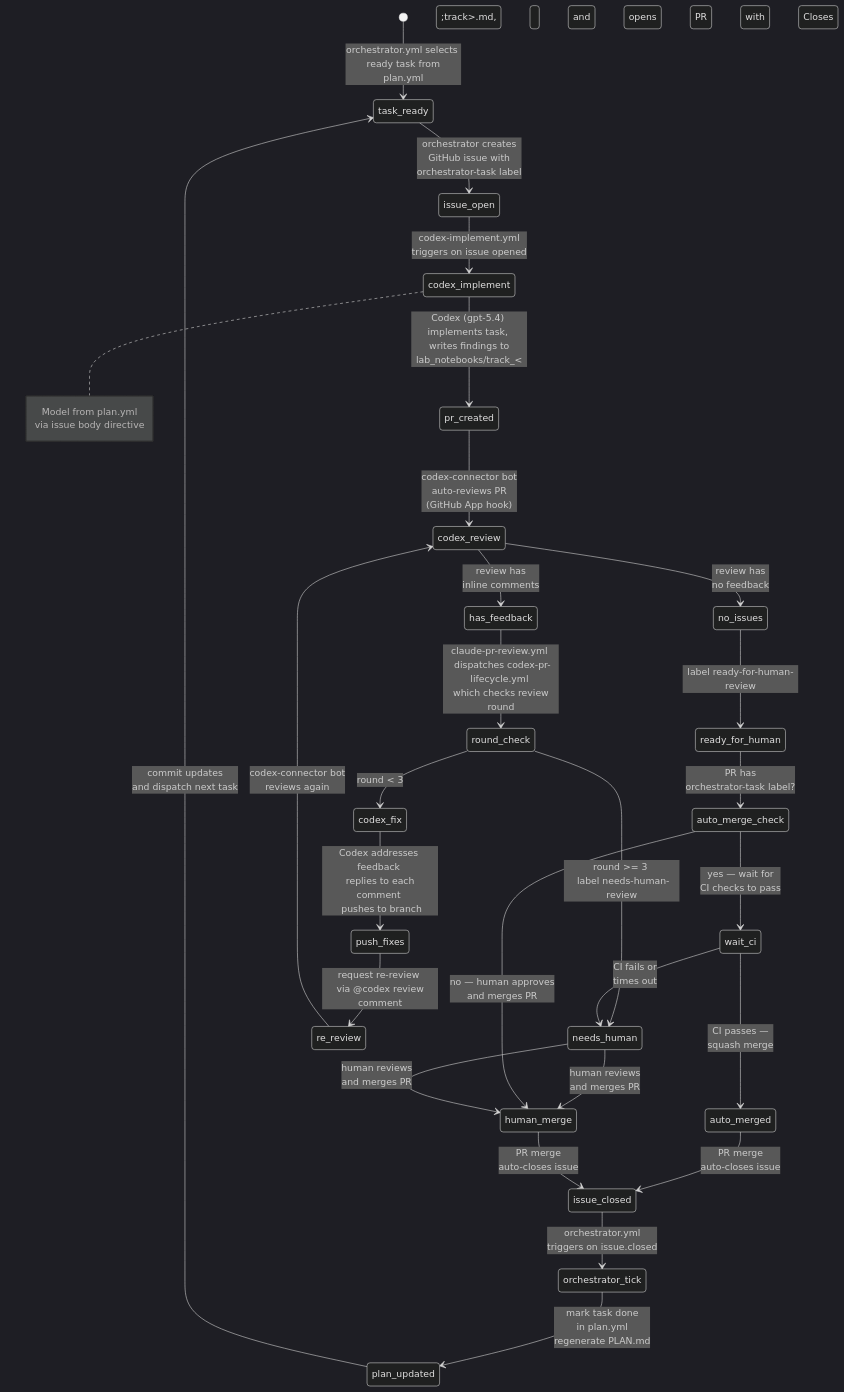
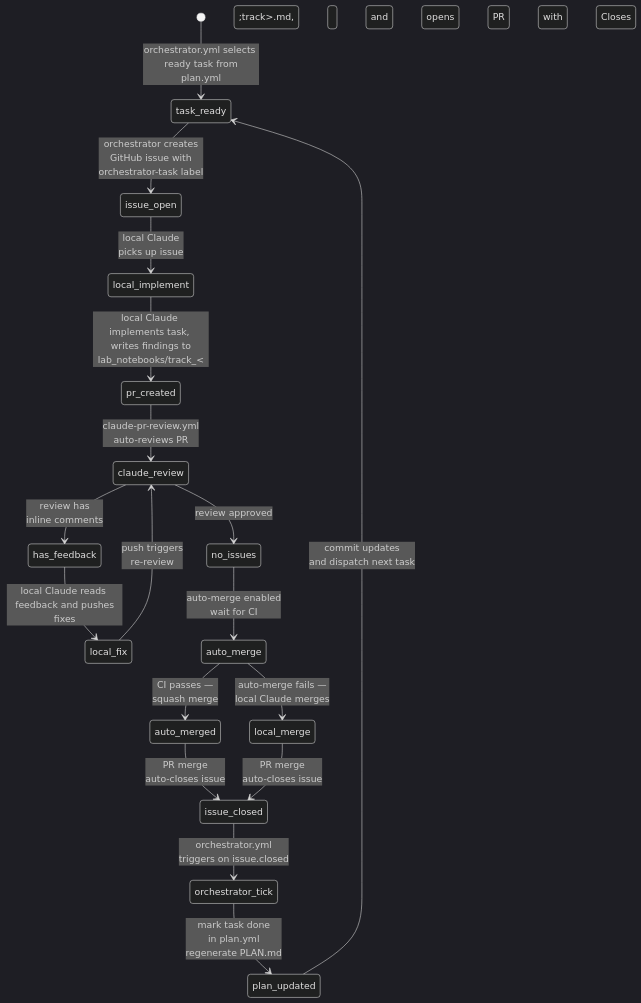
The diagram in lyzortx/orchestration/README.md (LorenaDerezanin/coli_phage_interactions_2023), drawn with Mermaid (dark theme) before and after one commit. The commit also changed other lines of this file and 2 other files, not shown here.

First line of the commit message:
Document local Claude implementation workflow, disable Codex CI workflows

````diff
--- a/lyzortx/orchestration/README.md
+++ b/lyzortx/orchestration/README.md
@@ -10,52 +10,34 @@
 ```mermaid
 stateDiagram-v2
     [*] --> task_ready : orchestrator.yml selects <br> ready task from plan.yml
 
     task_ready --> issue_open : orchestrator creates <br> GitHub issue with <br> orchestrator-task label
 
-    issue_open --> codex_implement : codex-implement.yml <br> triggers on issue opened
+    issue_open --> local_implement : local Claude <br> picks up issue
 
-    codex_implement --> pr_created : Codex (gpt-5.4) implements task, <br> writes findings to lab_notebooks/track_&lt;track&gt;.md, <br> and opens PR with Closes #issue
+    local_implement --> pr_created : local Claude implements task, <br> writes findings to lab_notebooks/track_&lt;track&gt;.md, <br> and opens PR with Closes #issue
 
-    pr_created --> codex_review : codex-connector bot <br> auto-reviews PR <br> (GitHub App hook)
+    pr_created --> claude_review : claude-pr-review.yml <br> auto-reviews PR
 
-    note right of codex_implement : Model from plan.yml <br> via issue body directive
+    claude_review --> has_feedback : review has <br> inline comments
+    claude_review --> no_issues : review approved
 
-    codex_review --> has_feedback : review has <br> inline comments
-    codex_review --> no_issues : review has <br> no feedback
+    has_feedback --> local_fix : local Claude reads <br> feedback and pushes fixes
 
-    has_feedback --> round_check : claude-pr-review.yml <br> dispatches codex-pr-lifecycle.yml <br> which checks review round
+    local_fix --> claude_review : push triggers <br> re-review
 
-    round_check --> codex_fix : round < 3
-    round_check --> needs_human : round >= 3 <br> label needs-human-review
+    no_issues --> auto_merge : auto-merge enabled <br> wait for CI
 
-    codex_fix --> push_fixes : Codex addresses feedback <br> replies to each comment <br> pushes to branch
-
-    push_fixes --> re_review : request re-review <br> via @codex review comment
-
-    re_review --> codex_review : codex-connector bot <br> reviews again
-
-    needs_human --> human_merge : human reviews <br> and merges PR
-
-    no_issues --> ready_for_human : label ready-for-human-review
-
-    ready_for_human --> auto_merge_check : PR has <br> orchestrator-task label?
-
-    auto_merge_check --> wait_ci : yes — wait for <br> CI checks to pass
-    auto_merge_check --> human_merge : no — human approves <br> and merges PR
-
-    wait_ci --> auto_merged : CI passes — <br> squash merge
-    wait_ci --> needs_human : CI fails or <br> times out
-
-    needs_human --> human_merge : human reviews <br> and merges PR
+    auto_merge --> auto_merged : CI passes — <br> squash merge
+    auto_merge --> local_merge : auto-merge fails — <br> local Claude merges
 
     auto_merged --> issue_closed : PR merge <br> auto-closes issue
 
-    human_merge --> issue_closed : PR merge <br> auto-closes issue
+    local_merge --> issue_closed : PR merge <br> auto-closes issue
 
     issue_closed --> orchestrator_tick : orchestrator.yml <br> triggers on issue.closed
 
     orchestrator_tick --> plan_updated : mark task done <br> in plan.yml <br> regenerate PLAN.md
 
     plan_updated --> task_ready : commit updates <br> and dispatch next task
 ```
````
